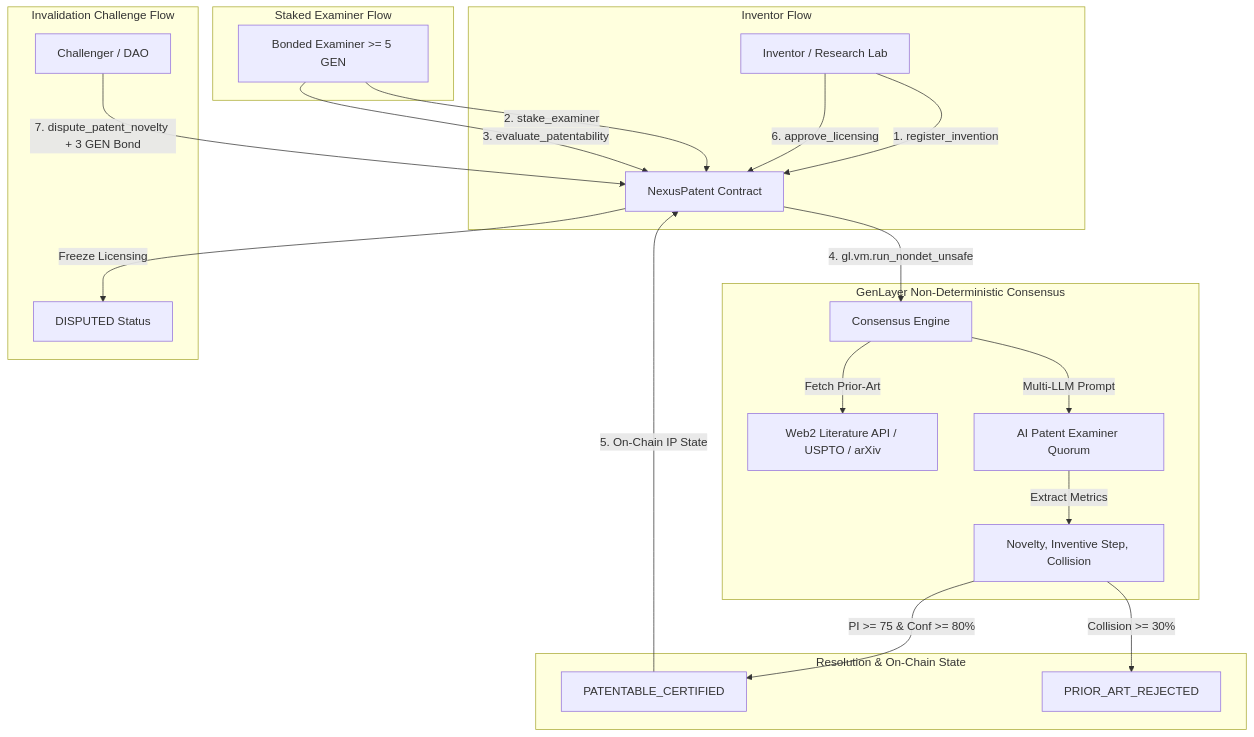
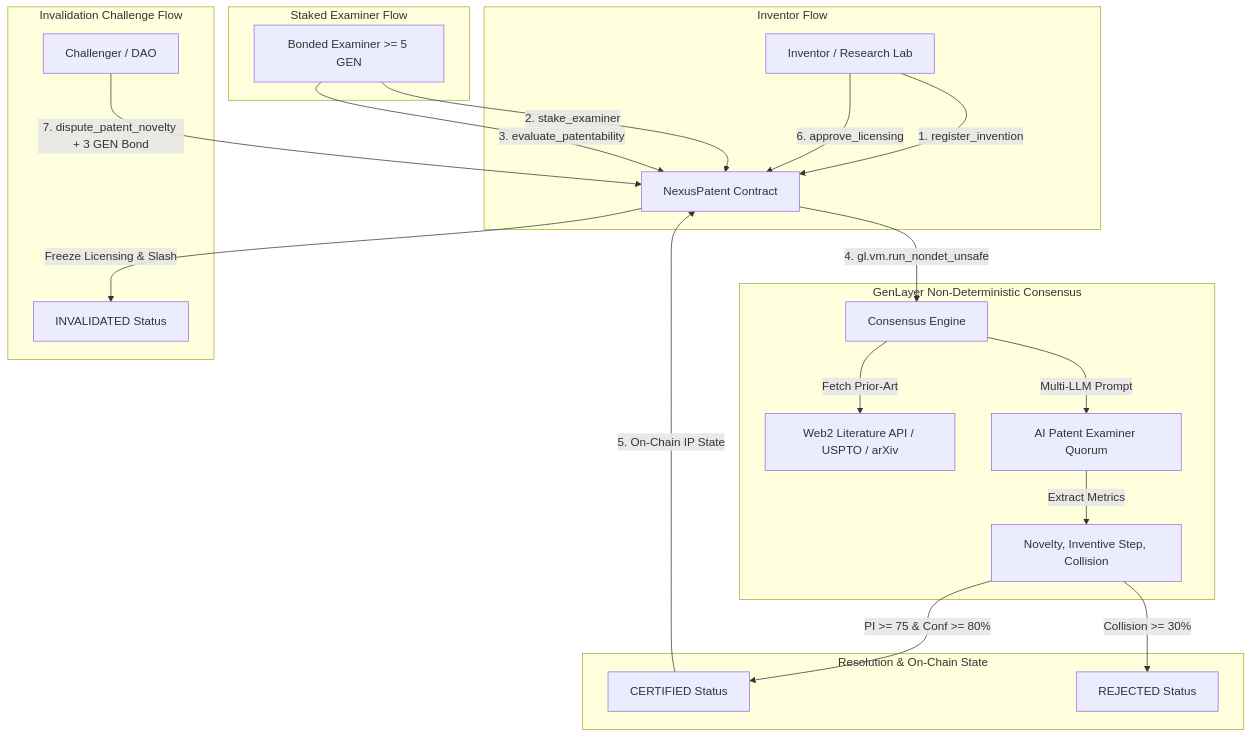
Before and after one commit to moltaphet/NexusPatent: the diagram in README.md, drawn with Mermaid. The commit also changed other lines of this file, not shown here.

````diff
--- a/README.md
+++ b/README.md
@@ -11,30 +24,30 @@
 ```mermaid
 graph TD
     subgraph Inventor Flow
         INV[Inventor / Research Lab] -->|1. register_invention| NP[NexusPatent Contract]
         INV -->|6. approve_licensing| NP
     end
 
     subgraph Staked Examiner Flow
         EX[Bonded Examiner >= 5 GEN] -->|2. stake_examiner| NP
         EX -->|3. evaluate_patentability| NP
     end
 
     subgraph GenLayer Non-Deterministic Consensus
         NP -->|4. gl.vm.run_nondet_unsafe| QC[Consensus Engine]
         QC -->|Fetch Prior-Art| ORACLE[Web2 Literature API / USPTO / arXiv]
         QC -->|Multi-LLM Prompt| LLM[AI Patent Examiner Quorum]
         LLM -->|Extract Metrics| METRICS[Novelty, Inventive Step, Collision]
     end
 
     subgraph Resolution & On-Chain State
-        METRICS -->|PI >= 75 & Conf >= 80%| CERT[PATENTABLE_CERTIFIED]
-        METRICS -->|Collision >= 30%| REJ[PRIOR_ART_REJECTED]
+        METRICS -->|PI >= 75 & Conf >= 80%| CERT[CERTIFIED Status]
+        METRICS -->|Collision >= 30%| REJ[REJECTED Status]
         CERT -->|5. On-Chain IP State| NP
     end
 
     subgraph Invalidation Challenge Flow
         CHAL[Challenger / DAO] -->|7. dispute_patent_novelty + 3 GEN Bond| NP
-        NP -->|Freeze Licensing| DISP[DISPUTED Status]
+        NP -->|Freeze Licensing & Slash| DISP[INVALIDATED Status]
     end
 ```
````
